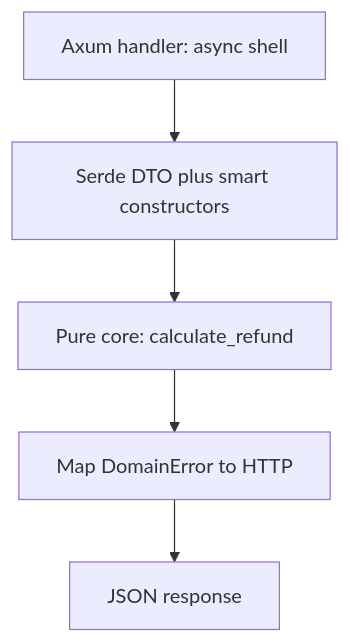
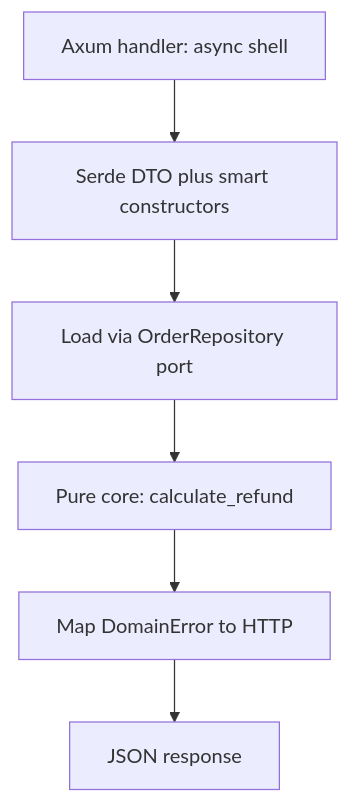
Before and after one commit to dinoesau/blog: the fifth of 5 diagrams in content/en/post/rust-stop-validating-everywhere/index.md, drawn with Mermaid. The commit also changed other lines of this file and 1 other file, not shown here.

Commit message:
feat: add OrderRepository trait port to rust validation guide

````diff
--- a/content/en/post/rust-stop-validating-everywhere/index.md
+++ b/content/en/post/rust-stop-validating-everywhere/index.md
@@ -1244,7 +1244,8 @@
 ```mermaid
 graph TB
     HTTP[Axum handler: async shell] --> Parse[Serde DTO plus smart constructors]
-    Parse --> Core[Pure core: calculate_refund]
+    Parse --> Load[Load via OrderRepository port]
+    Load --> Core[Pure core: calculate_refund]
     Core --> Map[Map DomainError to HTTP]
     Map --> HTTPResp[JSON response]
 ```
````
